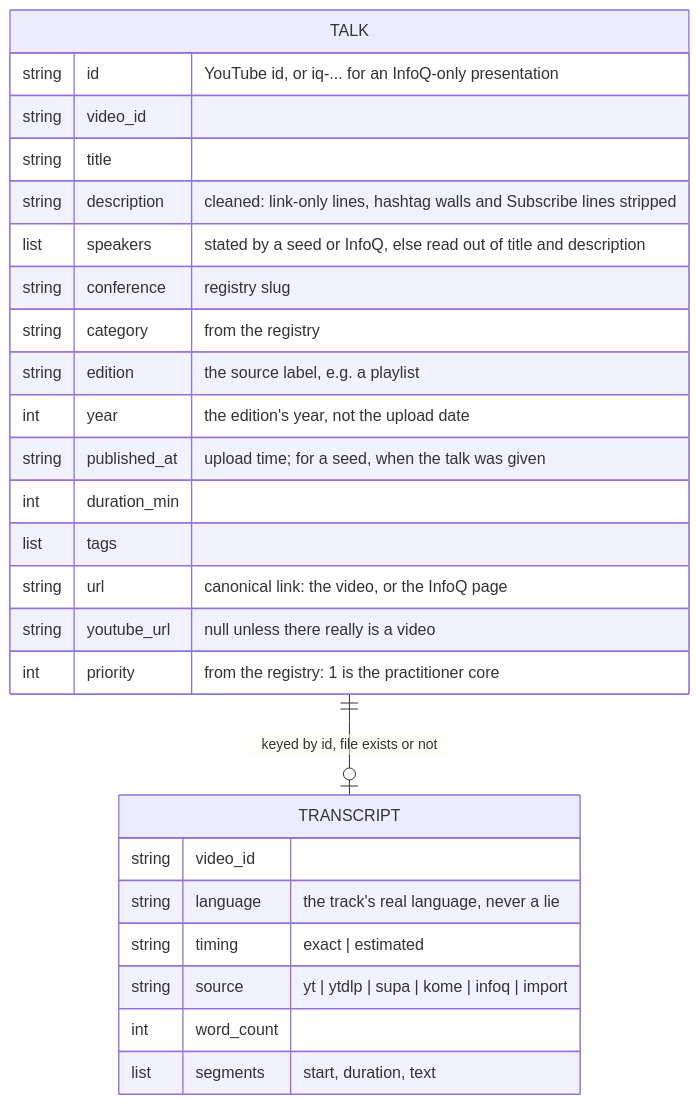
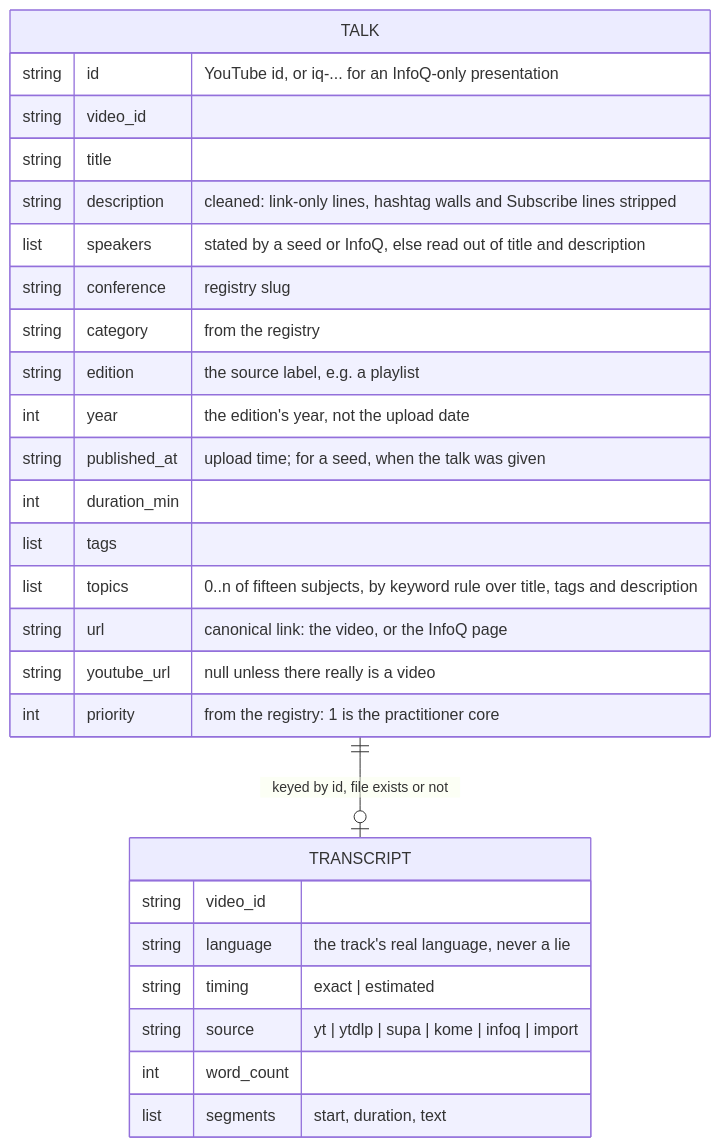
One commit to ppruchnerovic/ai-talks-universe changed the fourth of 17 diagrams in ARCHITECTURE.md. Above: the diagram before and after it, drawn with Mermaid. The commit also changed other lines of this file and 9066 other files, not shown here.

````diff
--- a/ARCHITECTURE.md
+++ b/ARCHITECTURE.md
@@ -158,29 +158,30 @@
 ```mermaid
 erDiagram
     TALK {
         string id "YouTube id, or iq-... for an InfoQ-only presentation"
         string video_id
         string title
         string description "cleaned: link-only lines, hashtag walls and Subscribe lines stripped"
         list speakers "stated by a seed or InfoQ, else read out of title and description"
         string conference "registry slug"
         string category "from the registry"
         string edition "the source label, e.g. a playlist"
         int year "the edition's year, not the upload date"
         string published_at "upload time; for a seed, when the talk was given"
         int duration_min
         list tags
+        list topics "0..n of fifteen subjects, by keyword rule over title, tags and description"
         string url "canonical link: the video, or the InfoQ page"
         string youtube_url "null unless there really is a video"
         int priority "from the registry: 1 is the practitioner core"
     }
     TRANSCRIPT {
         string video_id
         string language "the track's real language, never a lie"
         string timing "exact | estimated"
         string source "yt | ytdlp | supa | kome | infoq | import"
         int word_count
         list segments "start, duration, text"
     }
     TALK ||--o| TRANSCRIPT : "keyed by id, file exists or not"
 ```
````
